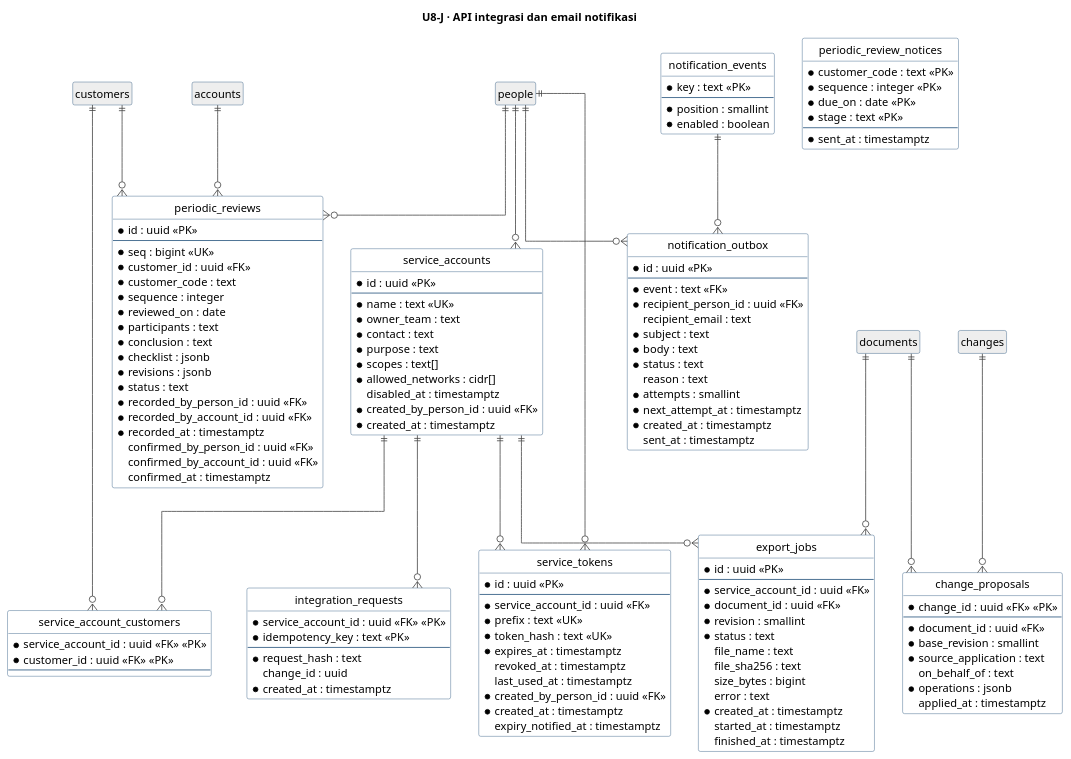
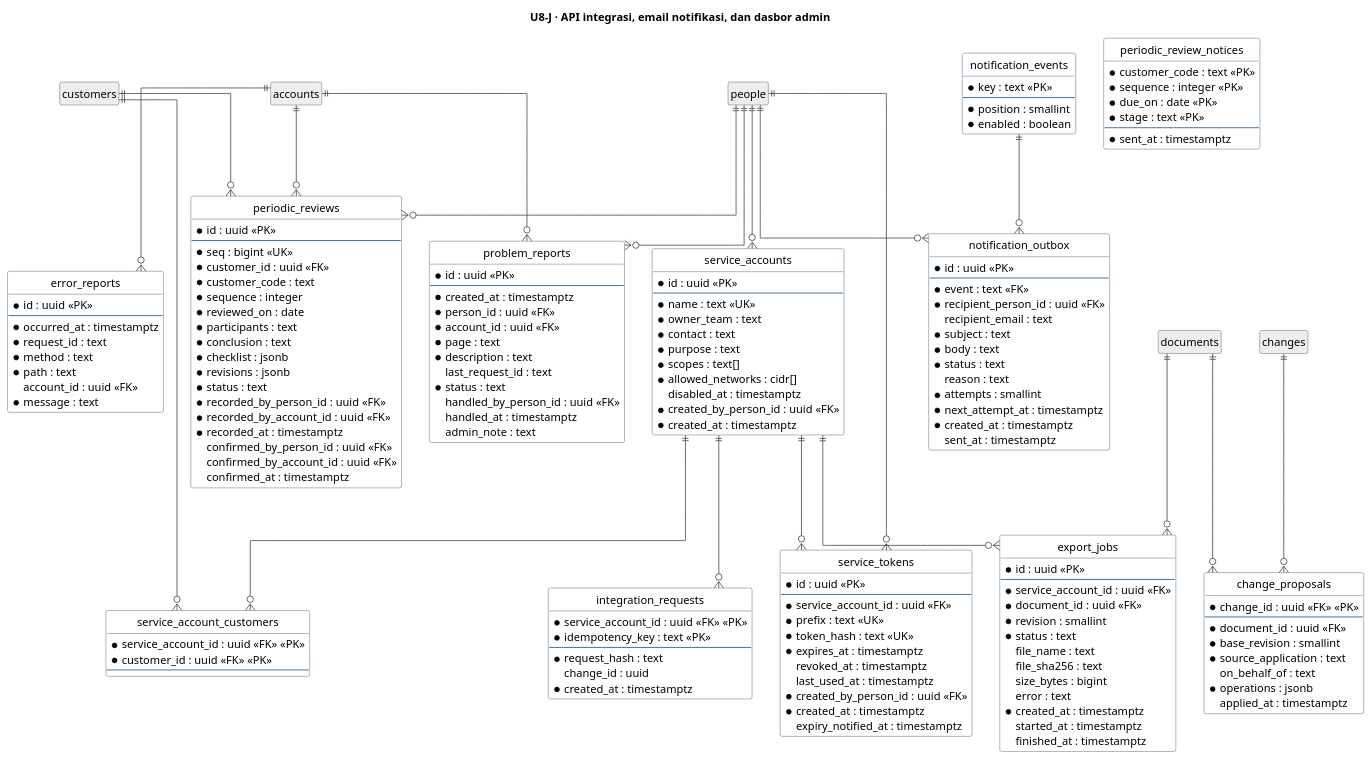
Before and after one commit to dkpauzi/revioten: the tenth of 10 diagrams in docs/uml/U8-erd.puml, drawn with PlantUML. The commit also changed other lines of this file and 98 other files, not shown here.

First line of the commit message:
Fase 4 (D-205): dasbor admin kesehatan web; D-206: Project Leader pembantu

```diff
--- a/docs/uml/U8-erd.puml
+++ b/docs/uml/U8-erd.puml
@@ -1187,157 +1187,186 @@
 @startuml U8-J-integrasi-dan-notifikasi
 hide circle
 hide empty members
 skinparam linetype ortho
 skinparam shadowing false
 skinparam ArrowColor #444444
 skinparam ClassBorderColor #1F4E79
 skinparam ClassBackgroundColor #FFFFFF
 
-title U8-J · API integrasi dan email notifikasi
+title U8-J · API integrasi, email notifikasi, dan dasbor admin
 
 entity "service_accounts" as service_accounts {
   * id : uuid <<PK>>
   --
   * name : text <<UK>>
   * owner_team : text
   * contact : text
   * purpose : text
   * scopes : text[]
   * allowed_networks : cidr[]
   disabled_at : timestamptz
   * created_by_person_id : uuid <<FK>>
   * created_at : timestamptz
 }
 
 entity "service_account_customers" as service_account_customers {
   * service_account_id : uuid <<FK>> <<PK>>
   * customer_id : uuid <<FK>> <<PK>>
   --
 }
 
 entity "service_tokens" as service_tokens {
   * id : uuid <<PK>>
   --
   * service_account_id : uuid <<FK>>
   * prefix : text <<UK>>
   * token_hash : text <<UK>>
   * expires_at : timestamptz
   revoked_at : timestamptz
   last_used_at : timestamptz
   * created_by_person_id : uuid <<FK>>
   * created_at : timestamptz
   expiry_notified_at : timestamptz
 }
 
 entity "integration_requests" as integration_requests {
   * service_account_id : uuid <<FK>> <<PK>>
   * idempotency_key : text <<PK>>
   --
   * request_hash : text
   change_id : uuid
   * created_at : timestamptz
 }
 
 entity "change_proposals" as change_proposals {
   * change_id : uuid <<FK>> <<PK>>
   --
   * document_id : uuid <<FK>>
   * base_revision : smallint
   * source_application : text
   on_behalf_of : text
   * operations : jsonb
   applied_at : timestamptz
 }
 
 entity "export_jobs" as export_jobs {
   * id : uuid <<PK>>
   --
   * service_account_id : uuid <<FK>>
   * document_id : uuid <<FK>>
   * revision : smallint
   * status : text
   file_name : text
   file_sha256 : text
   size_bytes : bigint
   error : text
   * created_at : timestamptz
   started_at : timestamptz
   finished_at : timestamptz
 }
 
 entity "notification_events" as notification_events {
   * key : text <<PK>>
   --
   * position : smallint
   * enabled : boolean
 }
 
 entity "notification_outbox" as notification_outbox {
   * id : uuid <<PK>>
   --
   * event : text <<FK>>
   * recipient_person_id : uuid <<FK>>
   recipient_email : text
   * subject : text
   * body : text
   * status : text
   reason : text
   * attempts : smallint
   * next_attempt_at : timestamptz
   * created_at : timestamptz
   sent_at : timestamptz
 }
 
 entity "periodic_reviews" as periodic_reviews {
   * id : uuid <<PK>>
   --
   * seq : bigint <<UK>>
   * customer_id : uuid <<FK>>
   * customer_code : text
   * sequence : integer
   * reviewed_on : date
   * participants : text
   * conclusion : text
   * checklist : jsonb
   * revisions : jsonb
   * status : text
   * recorded_by_person_id : uuid <<FK>>
   * recorded_by_account_id : uuid <<FK>>
   * recorded_at : timestamptz
   confirmed_by_person_id : uuid <<FK>>
   confirmed_by_account_id : uuid <<FK>>
   confirmed_at : timestamptz
 }
 
 entity "periodic_review_notices" as periodic_review_notices {
   * customer_code : text <<PK>>
   * sequence : integer <<PK>>
   * due_on : date <<PK>>
   * stage : text <<PK>>
   --
   * sent_at : timestamptz
 }
 
+entity "error_reports" as error_reports {
+  * id : uuid <<PK>>
+  --
+  * occurred_at : timestamptz
+  * request_id : text
+  * method : text
+  * path : text
+  account_id : uuid <<FK>>
+  * message : text
+}
+
+entity "problem_reports" as problem_reports {
+  * id : uuid <<PK>>
+  --
+  * created_at : timestamptz
+  * person_id : uuid <<FK>>
+  * account_id : uuid <<FK>>
+  * page : text
+  * description : text
+  last_request_id : text
+  * status : text
+  handled_by_person_id : uuid <<FK>>
+  handled_at : timestamptz
+  admin_note : text
+}
+
 entity "accounts" as accounts #EEEEEE
 entity "changes" as changes #EEEEEE
 entity "customers" as customers #EEEEEE
 entity "documents" as documents #EEEEEE
 entity "people" as people #EEEEEE
 
 changes ||--o{ change_proposals
 documents ||--o{ change_proposals
+accounts ||--o{ error_reports
 documents ||--o{ export_jobs
 service_accounts ||--o{ export_jobs
 service_accounts ||--o{ integration_requests
 notification_events ||--o{ notification_outbox
 people ||--o{ notification_outbox
 accounts ||--o{ periodic_reviews
 customers ||--o{ periodic_reviews
 people ||--o{ periodic_reviews
+accounts ||--o{ problem_reports
+people ||--o{ problem_reports
 customers ||--o{ service_account_customers
 service_accounts ||--o{ service_account_customers
 people ||--o{ service_accounts
 people ||--o{ service_tokens
 service_accounts ||--o{ service_tokens
 
 @enduml
```
